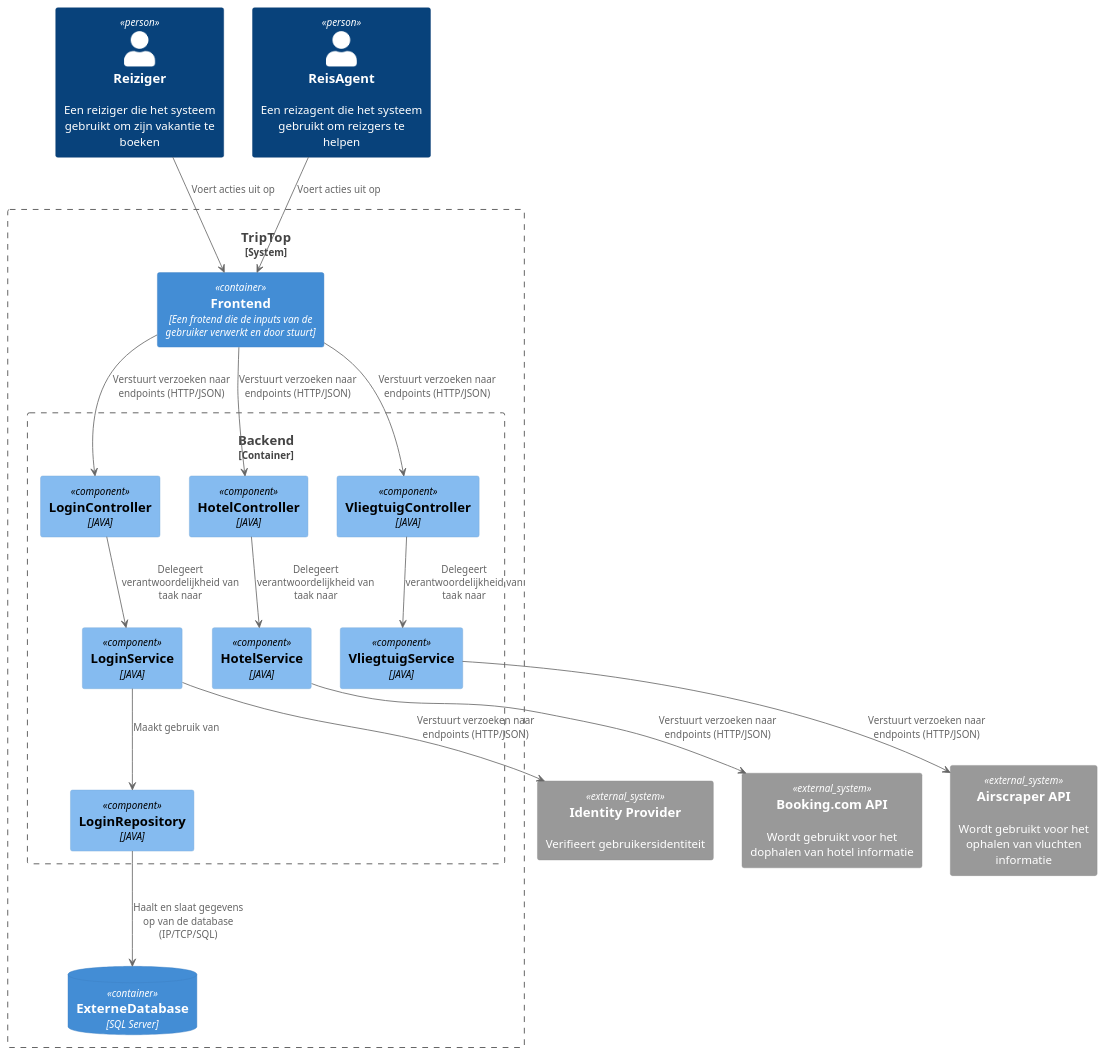
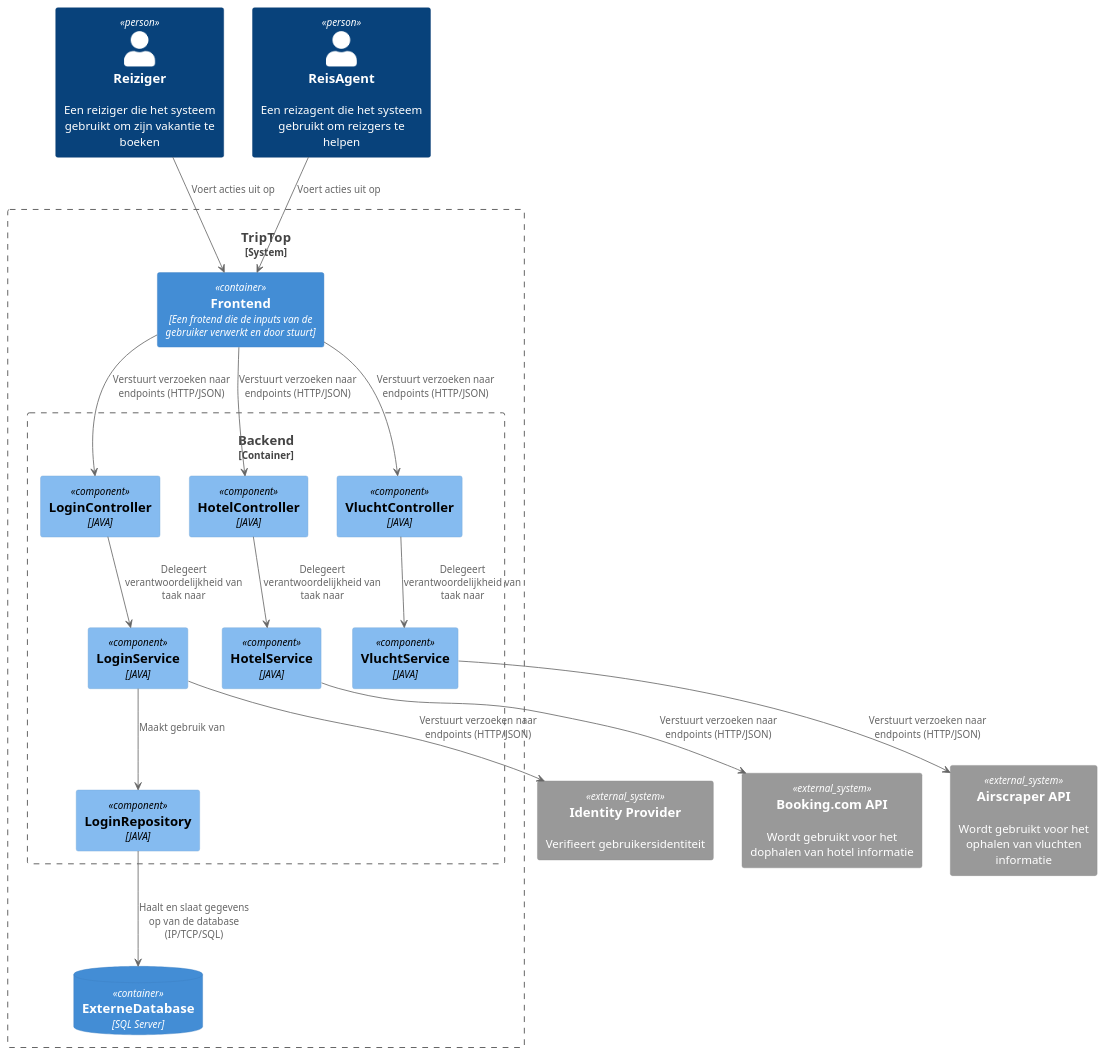
The diagram in C4_diagrammen/Component-diagram-TripTop-Backend.puml (AIM-ENE-feb25/triptop-groep-b4), drawn with PlantUML before and after one commit.

```diff
--- a/C4_diagrammen/Component-diagram-TripTop-Backend.puml
+++ b/C4_diagrammen/Component-diagram-TripTop-Backend.puml
@@ -1,52 +1,52 @@
 @startuml
 !include https://raw.githubusercontent.com/plantuml-stdlib/C4-PlantUML/master/C4_Component.puml
 !include https://raw.githubusercontent.com/plantuml-stdlib/C4-PlantUML/master/C4_Container.puml
 
 
 Person(Reiziger, "Reiziger", "Een reiziger die het systeem gebruikt om zijn vakantie te boeken")
 Person(ReisAgent, "ReisAgent", "Een reizagent die het systeem gebruikt om reizgers te helpen")
 
 System_Boundary(System_Boundary, TripTop){
 Container(Frontend, "Frontend", "Een frotend die de inputs van de gebruiker verwerkt en door stuurt")
 
 Container_Boundary(ContainerBoundary, "Backend") {
 
 Component(LoginController, "LoginController", "JAVA")
 Component(LoginService, "LoginService", "JAVA")
 Component(LoginRepository, "LoginRepository", "JAVA")
 
 Component(HotelController, "HotelController", "JAVA")
 Component(HotelService, "HotelService", "JAVA")
 
-Component(VliegtuigController, "VliegtuigController", "JAVA")
-Component(VliegtuigService, "VliegtuigService", "JAVA")
+Component(VluchtController, "VluchtController", "JAVA")
+Component(VluchtService, "VluchtService", "JAVA")
 
 }
 
 ContainerDb(Externe_Database," ExterneDatabase","SQL Server")
 }
 System_Ext(IdentityProvider, "Identity Provider", "Verifieert gebruikersidentiteit")
 System_Ext(Booking.com, "Booking.com API", "Wordt gebruikt voor het dophalen van hotel informatie")
 System_Ext(Airscraper, "Airscraper API", "Wordt gebruikt voor het ophalen van vluchten informatie")
 
 
 Reiziger --> Frontend: "Voert acties uit op"
 ReisAgent --> Frontend: "Voert acties uit op"
 
 
 Frontend --> LoginController: "Verstuurt verzoeken naar endpoints (HTTP/JSON)"
 Frontend --> HotelController: "Verstuurt verzoeken naar endpoints (HTTP/JSON)"
-Frontend --> VliegtuigController: "Verstuurt verzoeken naar endpoints (HTTP/JSON)"
+Frontend --> VluchtController: "Verstuurt verzoeken naar endpoints (HTTP/JSON)"
 
 LoginController --> LoginService: "Delegeert verantwoordelijkheid van taak naar"
 LoginService --> LoginRepository: "Maakt gebruik van"
 LoginRepository --> Externe_Database: "Haalt en slaat gegevens op van de database (IP/TCP/SQL)"
 
 HotelController --> HotelService: "Delegeert verantwoordelijkheid van taak naar"
-VliegtuigController --> VliegtuigService: "Delegeert verantwoordelijkheid van taak naar"
+VluchtController --> VluchtService: "Delegeert verantwoordelijkheid van taak naar"
 
 LoginService --> IdentityProvider: "Verstuurt verzoeken naar endpoints (HTTP/JSON)"
 HotelService --> Booking.com: "Verstuurt verzoeken naar endpoints (HTTP/JSON)"
-VliegtuigService --> Airscraper: "Verstuurt verzoeken naar endpoints (HTTP/JSON)"
+VluchtService --> Airscraper: "Verstuurt verzoeken naar endpoints (HTTP/JSON)"
 
 @enduml
```
